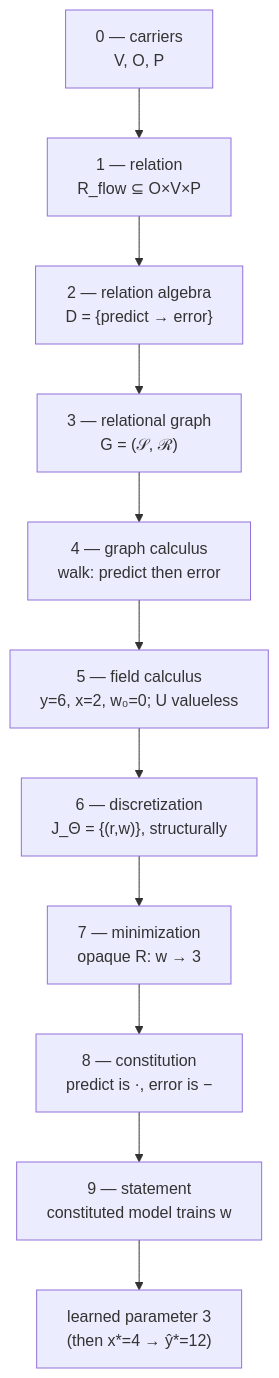
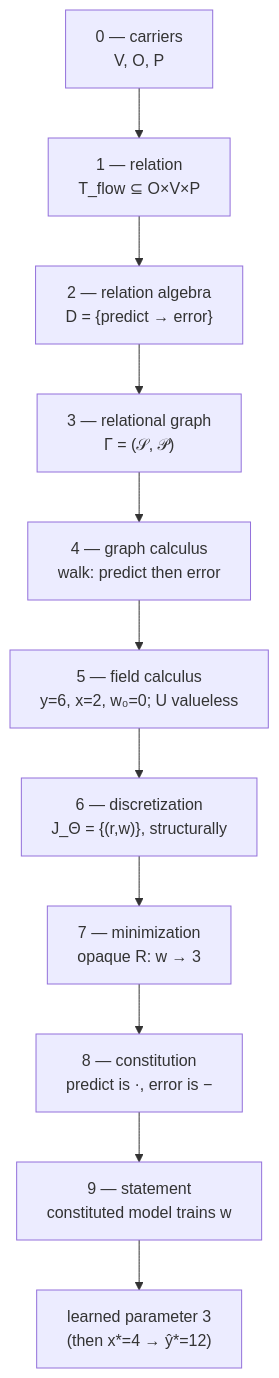
Diagram 11 of 12 in test/learning-tower/README.md (komahanb/unstructured-finite-volume), drawn with Mermaid before and after one commit. The commit also changed other lines of this file and 62 other files, not shown here.

````diff
--- a/test/learning-tower/README.md
+++ b/test/learning-tower/README.md
@@ -1442,16 +1442,16 @@
 ```mermaid
 flowchart TB
     L0["0 — carriers<br/>V, O, P"]
-    L1["1 — relation<br/>R_flow ⊆ O×V×P"]
+    L1["1 — relation<br/>T_flow ⊆ O×V×P"]
     L2["2 — relation algebra<br/>D = {predict → error}"]
-    L3["3 — relational graph<br/>G = (𝒮, ℛ)"]
+    L3["3 — relational graph<br/>Γ = (𝒮, 𝒫)"]
     L4["4 — graph calculus<br/>walk: predict then error"]
     L5["5 — field calculus<br/>y=6, x=2, w₀=0; U valueless"]
     L6["6 — discretization<br/>J_Θ = {(r,w)}, structurally"]
     L7["7 — minimization<br/>opaque R: w → 3"]
     L8["8 — constitution<br/>predict is ·, error is −"]
     L9["9 — statement<br/>constituted model trains w"]
     R["learned parameter 3<br/>(then x*=4 → ŷ*=12)"]
 
     L0 --> L1 --> L2 --> L3 --> L4 --> L5 --> L6 --> L7 --> L8 --> L9 --> R
 ```
````
